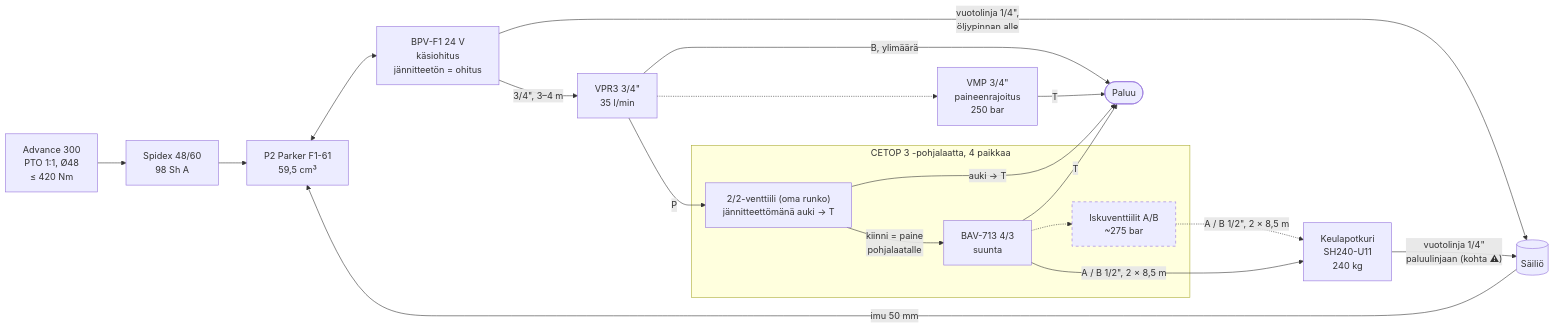
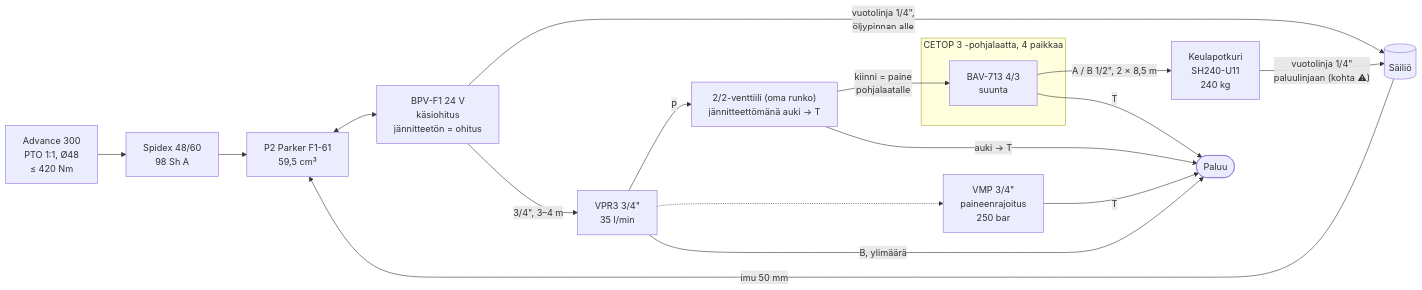
One commit to plektra/vega-systems changed the second of 3 diagrams in hydraulics/schematic.md. Above: the diagram before and after it, drawn with Mermaid. The commit also changed other lines of this file and 4 other files, not shown here.

````diff
--- a/hydraulics/schematic.md
+++ b/hydraulics/schematic.md
@@ -72,41 +72,33 @@
 ```mermaid
 flowchart LR
   GB["Advance 300<br/>PTO 1:1, Ø48<br/>≤ 420 Nm"]
   CPL["Spidex 48/60<br/>98 Sh A"]
   TANK[("Säiliö")]
   P2["P2 Parker F1-61<br/>59,5 cm³"]
   BPV["BPV-F1 24 V<br/>käsiohitus<br/>jännitteetön = ohitus"]
   VPR3["VPR3 3/4#quot;<br/>35 l/min"]
   VMP["VMP 3/4#quot;<br/>paineenrajoitus<br/>250 bar"]
   UNL["2/2-venttiili (oma runko)<br/>jännitteettömänä auki → T"]
   BAV["BAV-713 4/3<br/>suunta"]
-  SHOCK["Iskuventtiilit A/B<br/>~275 bar"]
   THR["Keulapotkuri<br/>SH240-U11<br/>240 kg"]
   RET(["Paluu"])
 
   GB --> CPL --> P2
   TANK -->|"imu 50 mm"| P2
   P2 <--> BPV
   BPV -->|"vuotolinja 1/4#quot;,<br/>öljypinnan alle"| TANK
   BPV -->|"3/4#quot;, 3–4 m"| VPR3
   VPR3 -->|P| UNL
   VPR3 -.-> VMP
   UNL -->|"kiinni = paine<br/>pohjalaatalle"| BAV
-  BAV -.-> SHOCK
-  SHOCK -.->|"A / B 1/2#quot;, 2 × 8,5 m"| THR
   BAV -->|"A / B 1/2#quot;, 2 × 8,5 m"| THR
   VPR3 -->|"B, ylimäärä"| RET
   UNL -->|"auki → T"| RET
   BAV -->|T| RET
   VMP -->|T| RET
   THR -->|"vuotolinja 1/4#quot;<br/>paluulinjaan (kohta ⚠)"| TANK
 
   subgraph MAN ["CETOP 3 -pohjalaatta, 4 paikkaa"]
-    UNL
     BAV
-    SHOCK
   end
-
-  classDef planned stroke-dasharray: 5 5
-  class SHOCK planned
 ```
````
